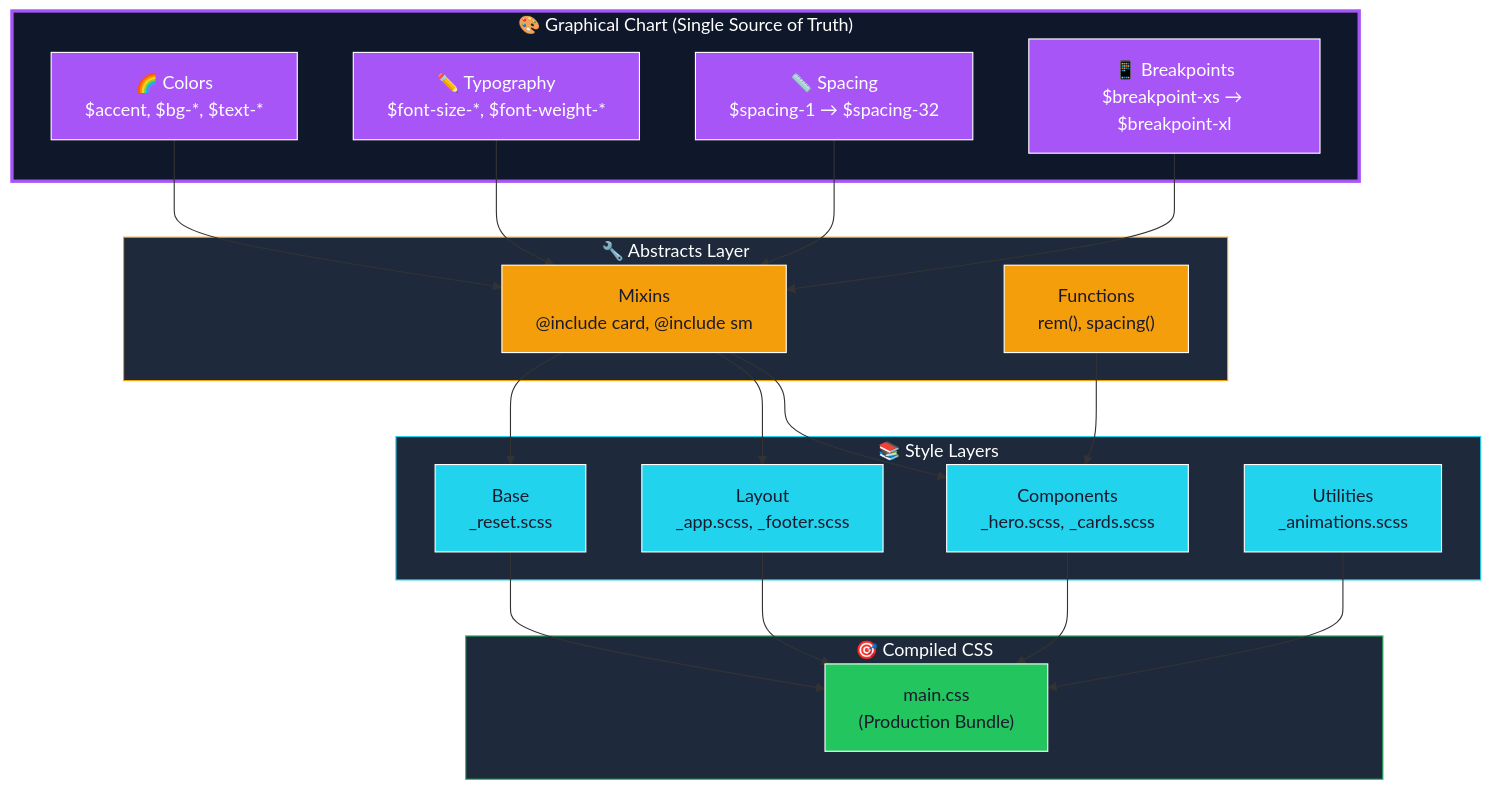
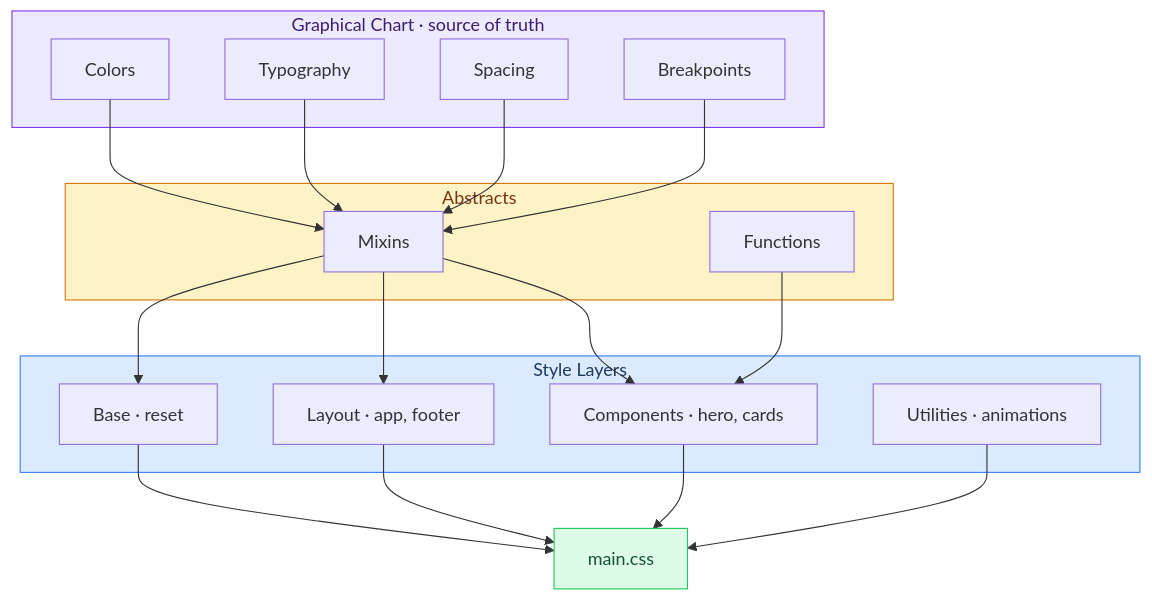
Before and after one commit to Univers42/transcendance: the fifth of 13 diagrams in CONTRIBUTING.md, drawn with Mermaid. The commit also changed other lines of this file, not shown here.

````diff
--- a/CONTRIBUTING.md
+++ b/CONTRIBUTING.md
@@ -495,54 +383,41 @@
 ```mermaid
-flowchart TB
-    subgraph Chart["🎨 Graphical Chart (Single Source of Truth)"]
-        Colors["🌈 Colors\n$accent, $bg-*, $text-*"]
-        Typography["✏️ Typography\n$font-size-*, $font-weight-*"]
-        Spacing["📏 Spacing\n$spacing-1 → $spacing-32"]
-        Breakpoints["📱 Breakpoints\n$breakpoint-xs → $breakpoint-xl"]
-    end
-    
-    subgraph Abstracts["🔧 Abstracts Layer"]
-        Mixins["Mixins\n@include card, @include sm"]
-        Functions["Functions\nrem(), spacing()"]
-    end
-    
-    subgraph Layers["📚 Style Layers"]
-        Base["Base\n_reset.scss"]
-        Layout["Layout\n_app.scss, _footer.scss"]
-        Components["Components\n_hero.scss, _cards.scss"]
-        Utilities["Utilities\n_animations.scss"]
-    end
-    
-    subgraph Output["🎯 Compiled CSS"]
-        Final["main.css\n(Production Bundle)"]
+graph TB
+    subgraph GC["Graphical Chart · source of truth"]
+        colors["Colors"]
+        typo["Typography"]
+        space["Spacing"]
+        bp["Breakpoints"]
     end
 
-    Colors --> Mixins
-    Typography --> Mixins
-    Spacing --> Mixins
-    Breakpoints --> Mixins
-    Mixins --> Base
-    Mixins --> Layout
-    Mixins --> Components
-    Functions --> Components
-    Base --> Final
-    Layout --> Final
-    Components --> Final
-    Utilities --> Final
+    subgraph AB["Abstracts"]
+        mixins["Mixins"]
+        funcs["Functions"]
+    end
 
-    style Chart fill:#0f172a,stroke:#a855f7,color:#fff,stroke-width:3px
-    style Abstracts fill:#1e293b,stroke:#f59e0b,color:#fff
-    style Layers fill:#1e293b,stroke:#22d3ee,color:#fff
-    style Output fill:#1e293b,stroke:#22c55e,color:#fff
-    style Colors fill:#a855f7,stroke:#fff,color:#fff
-    style Typography fill:#a855f7,stroke:#fff,color:#fff
-    style Spacing fill:#a855f7,stroke:#fff,color:#fff
-    style Breakpoints fill:#a855f7,stroke:#fff,color:#fff
-    style Mixins fill:#f59e0b,stroke:#fff,color:#1a1a2e
-    style Functions fill:#f59e0b,stroke:#fff,color:#1a1a2e
-    style Base fill:#22d3ee,stroke:#fff,color:#1a1a2e
-    style Layout fill:#22d3ee,stroke:#fff,color:#1a1a2e
-    style Components fill:#22d3ee,stroke:#fff,color:#1a1a2e
-    style Utilities fill:#22d3ee,stroke:#fff,color:#1a1a2e
-    style Final fill:#22c55e,stroke:#fff,color:#1a1a2e
+    subgraph LAYERS["Style Layers"]
+        base["Base · reset"]
+        layout["Layout · app, footer"]
+        comps["Components · hero, cards"]
+        utils["Utilities · animations"]
+    end
+
+    output["main.css"]
+
+    colors --> mixins
+    typo --> mixins
+    space --> mixins
+    bp --> mixins
+    mixins --> base
+    mixins --> layout
+    mixins --> comps
+    funcs --> comps
+    base --> output
+    layout --> output
+    comps --> output
+    utils --> output
+
+    style GC fill:#ede9fe,stroke:#7c3aed,color:#3b1f6e
+    style AB fill:#fef3c7,stroke:#d97706,color:#78350f
+    style LAYERS fill:#dbeafe,stroke:#3b82f6,color:#1e3a5f
+    style output fill:#dcfce7,stroke:#22c55e,color:#14532d
 ```
````
